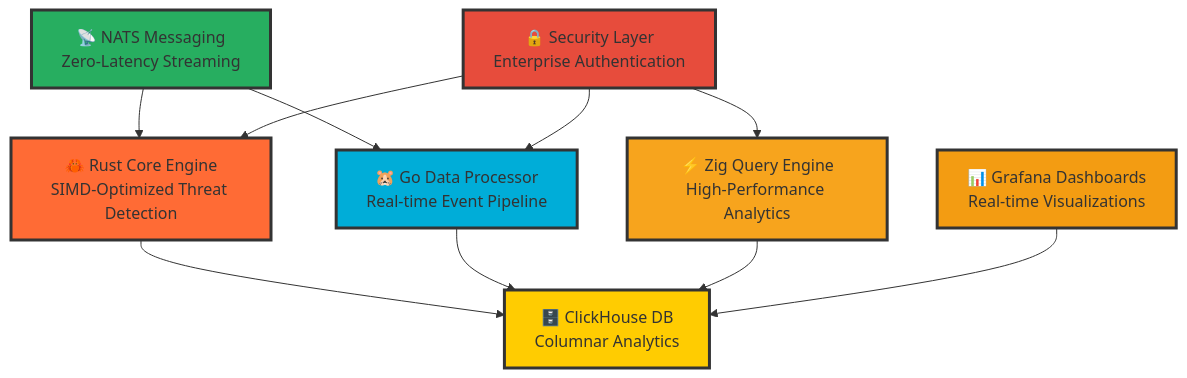
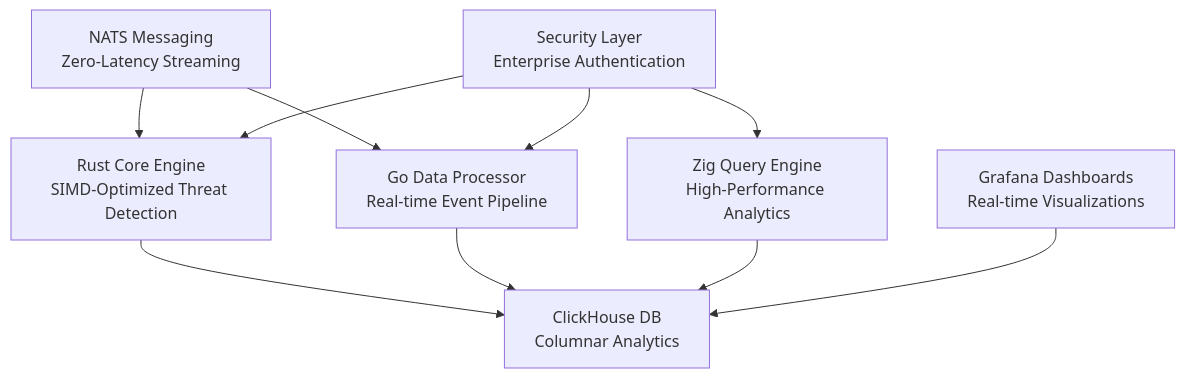
Before and after one commit to YASSER-MN/ultra-siem: the diagram in README.md, drawn with Mermaid. The commit also changed other lines of this file and 3 other files, not shown here.

````diff
--- a/README.md
+++ b/README.md
@@ -53,20 +53,12 @@
 ```mermaid
 graph TB
-    A[🦀 Rust Core Engine<br/>SIMD-Optimized Threat Detection] --> D[🗄️ ClickHouse DB<br/>Columnar Analytics]
-    B[🐹 Go Data Processor<br/>Real-time Event Pipeline] --> D
-    C[⚡ Zig Query Engine<br/>High-Performance Analytics] --> D
-    E[📡 NATS Messaging<br/>Zero-Latency Streaming] --> A
+    A[Rust Core Engine<br/>SIMD-Optimized Threat Detection] --> D[ClickHouse DB<br/>Columnar Analytics]
+    B[Go Data Processor<br/>Real-time Event Pipeline] --> D
+    C[Zig Query Engine<br/>High-Performance Analytics] --> D
+    E[NATS Messaging<br/>Zero-Latency Streaming] --> A
     E --> B
-    F[📊 Grafana Dashboards<br/>Real-time Visualizations] --> D
-    G[🔒 Security Layer<br/>Enterprise Authentication] --> A
+    F[Grafana Dashboards<br/>Real-time Visualizations] --> D
+    G[Security Layer<br/>Enterprise Authentication] --> A
     G --> B
     G --> C
-
-    style A fill:#ff6b35,stroke:#333,stroke-width:3px
-    style B fill:#00ADD8,stroke:#333,stroke-width:3px
-    style C fill:#F7A41D,stroke:#333,stroke-width:3px
-    style D fill:#FFCC01,stroke:#333,stroke-width:3px
-    style E fill:#27AE60,stroke:#333,stroke-width:3px
-    style F fill:#F39C12,stroke:#333,stroke-width:3px
-    style G fill:#E74C3C,stroke:#333,stroke-width:3px
 ```
````
